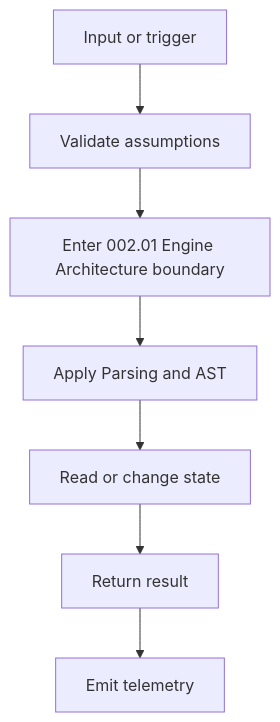
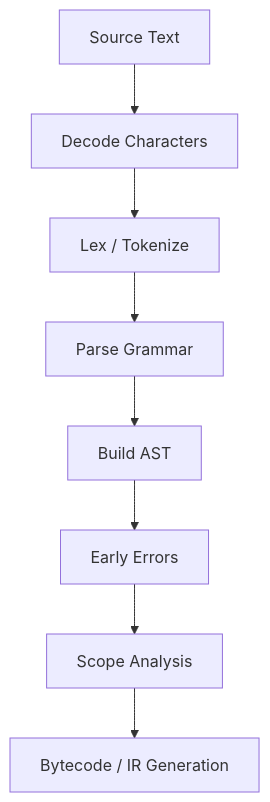
One commit to AjayPrajapat/Interview changed the first of 6 diagrams in 002. JavaScript Internals/002.01 Engine Architecture/002.01.01 Parsing and AST/README.md. Above: the diagram before and after it, drawn with Mermaid. The commit also changed other lines of this file and 5 other files, not shown here.

````diff
--- a/002. JavaScript Internals/002.01 Engine Architecture/002.01.01 Parsing and AST/README.md
+++ b/002. JavaScript Internals/002.01 Engine Architecture/002.01.01 Parsing and AST/README.md
@@ -453,9 +212,10 @@
 ```mermaid
 flowchart TD
-  A[Input or trigger] --> B[Validate assumptions]
-  B --> C[Enter 002.01 Engine Architecture boundary]
-  C --> D[Apply Parsing and AST]
-  D --> E[Read or change state]
-  E --> F[Return result]
-  F --> G[Emit telemetry]
+  A["Source Text"] --> B["Decode Characters"]
+  B --> C["Lex / Tokenize"]
+  C --> D["Parse Grammar"]
+  D --> E["Build AST"]
+  E --> F["Early Errors"]
+  F --> G["Scope Analysis"]
+  G --> H["Bytecode / IR Generation"]
 ```
````
